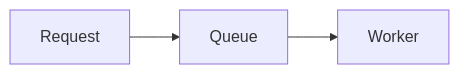
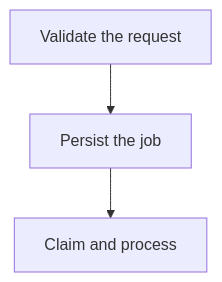
One commit to bradypp/project-teach changed the first of 7 diagrams in .agents/skills/learning/teach/references/mermaid.md. Above: the diagram before and after it, drawn with Mermaid. The commit also changed other lines of this file and 16 other files, not shown here.

Commit message:
Keep Mermaid diagrams readable and improve diagram guidance

````diff
--- a/.agents/skills/learning/teach/references/mermaid.md
+++ b/.agents/skills/learning/teach/references/mermaid.md
@@ -9,4 +15,5 @@
 ```mermaid
-flowchart LR
-  Request --> Queue --> Worker
+flowchart TD
+  Request["`Validate the request`"] --> Queue["`Persist the job`"]
+  Queue --> Worker["`Claim and process`"]
 ```
````
